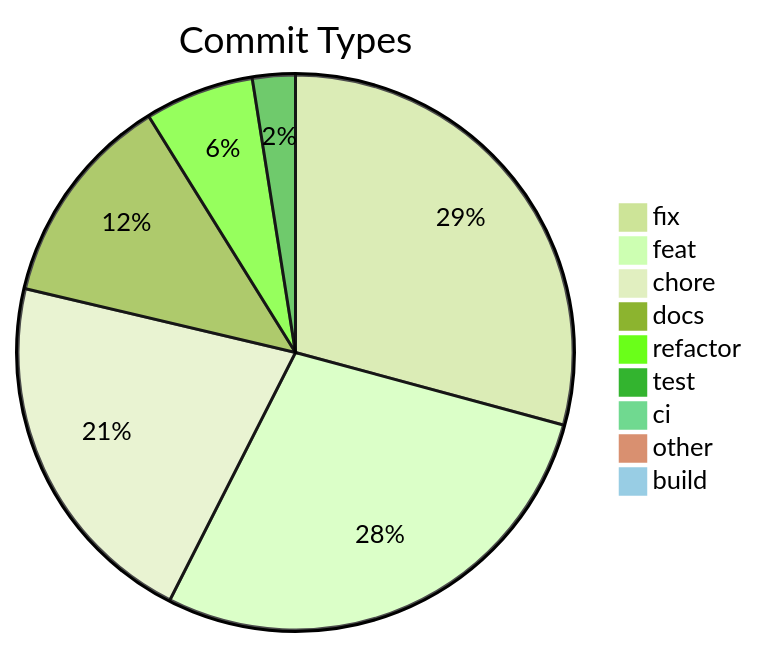
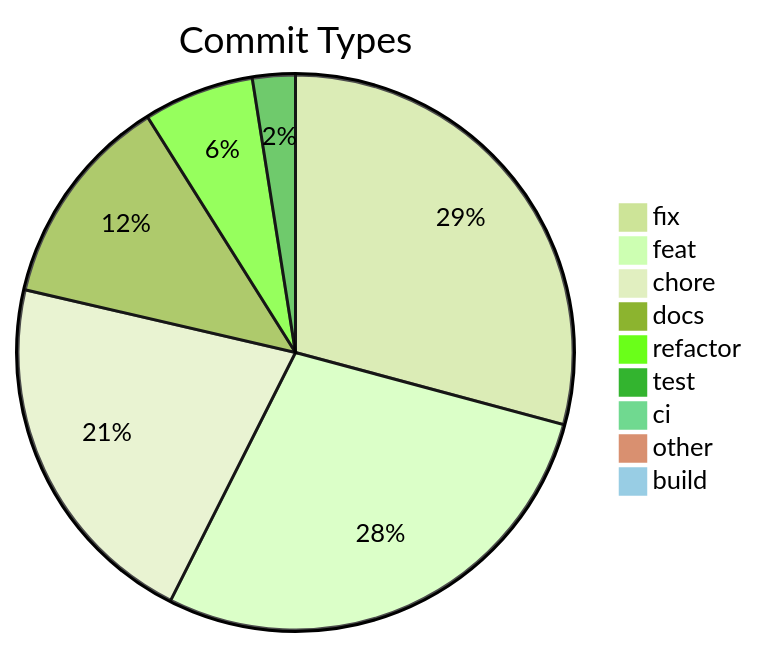
The diagram in .shipwright/compliance/change-history.md (svenroth-ai/shipwright), drawn with Mermaid (forest theme) before and after one commit. The commit also changed other lines of this file and 9 other files, not shown here.

````diff
--- a/.shipwright/compliance/change-history.md
+++ b/.shipwright/compliance/change-history.md
@@ -8,12 +8,12 @@
 ```mermaid
 pie title Commit Types
     "fix" : 340
     "feat" : 329
     "chore" : 247
     "docs" : 145
-    "refactor" : 74
+    "refactor" : 75
     "test" : 29
     "ci" : 11
     "other" : 9
     "build" : 1
 ```
````
